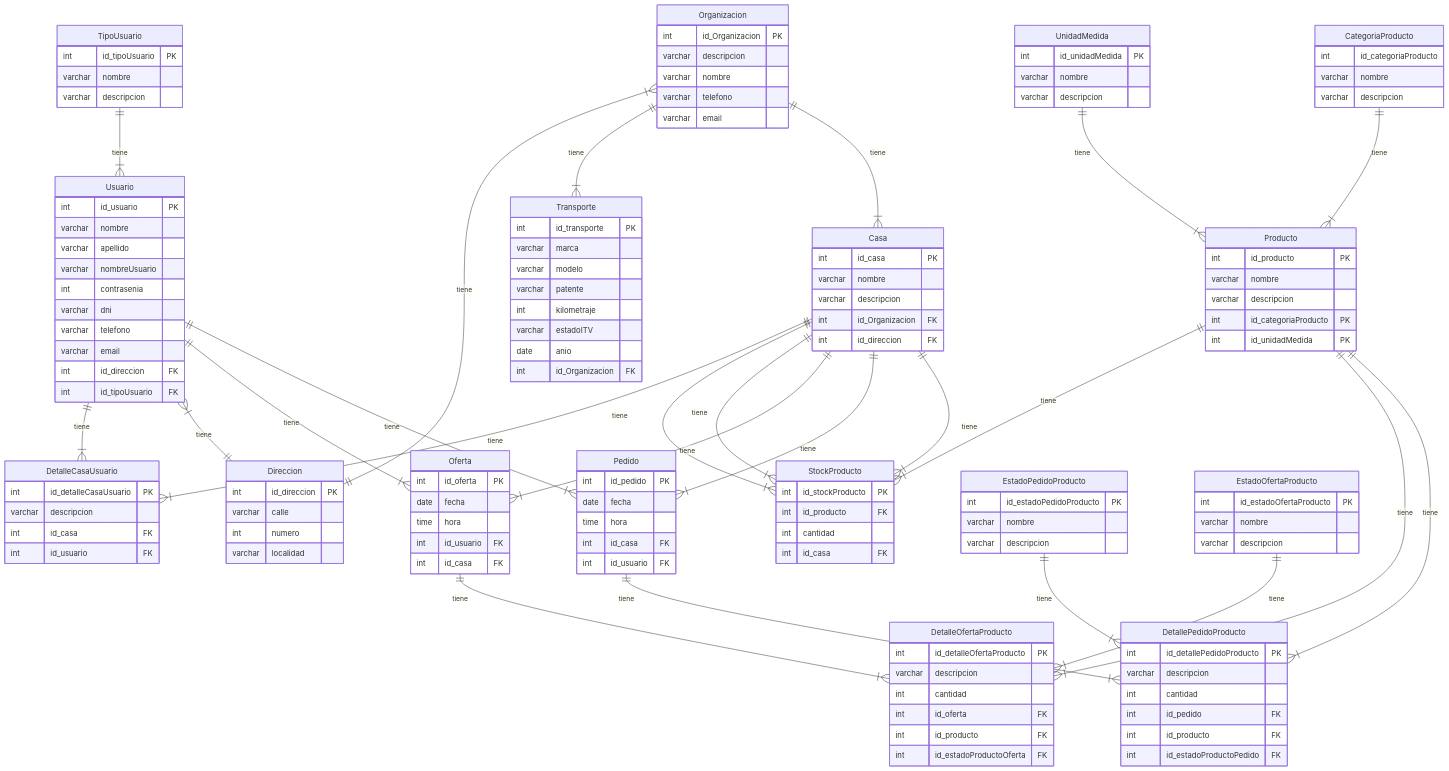
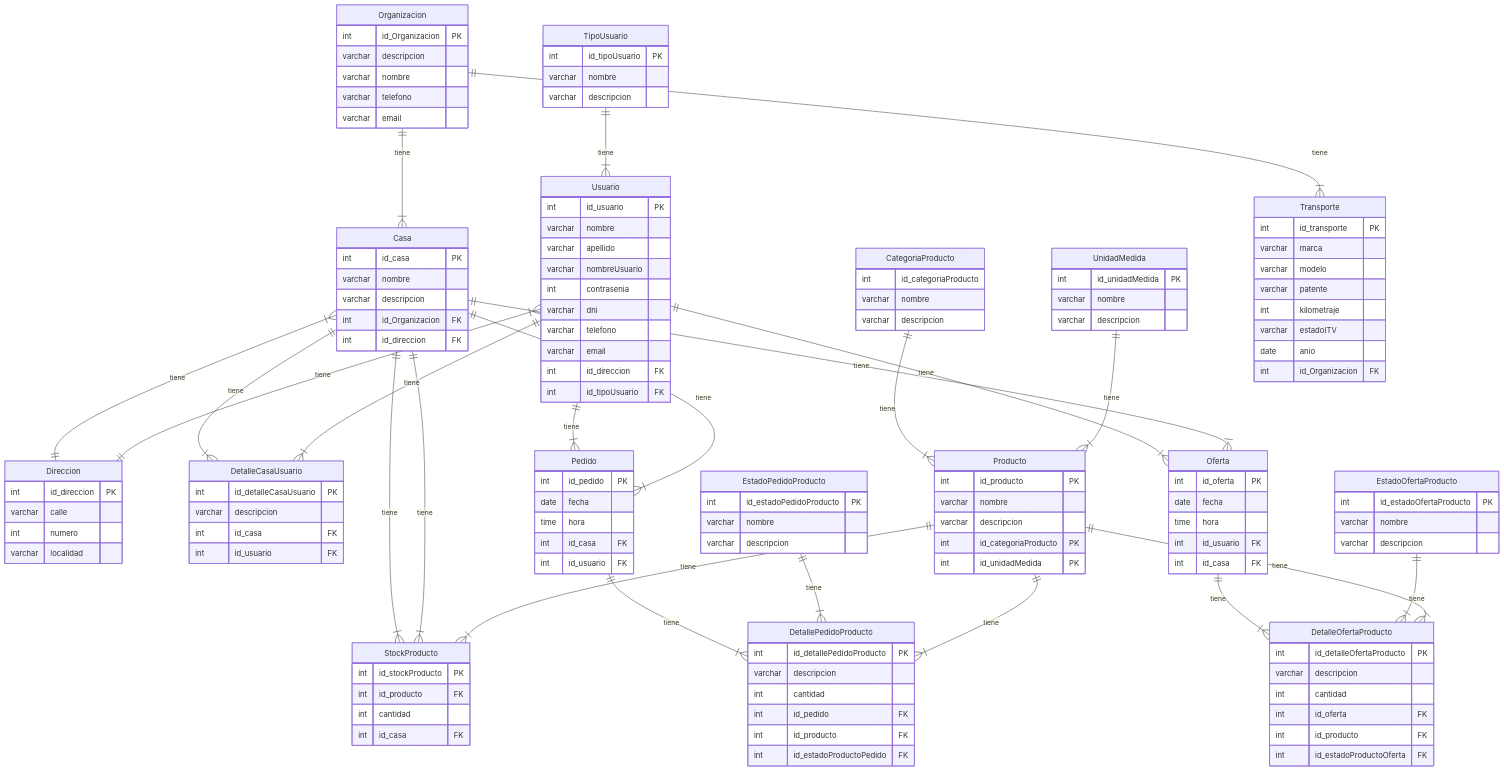
The diagram in ProntaEntregaDjango/Mermaid Diagrams/Er.mmd (FrancoECeballos/FAT2024G3-BACKEND), drawn with Mermaid before and after one commit. The commit also changed 1 other file, not shown here.

Commit message:
Class diagram relationships

```diff
--- a/ProntaEntregaDjango/Mermaid Diagrams/Er.mmd
+++ b/ProntaEntregaDjango/Mermaid Diagrams/Er.mmd
@@ -1,147 +1,146 @@
 erDiagram
     Direccion{
         int id_direccion PK
         varchar calle
         int numero
         varchar localidad  
     }
     Organizacion{
         int id_Organizacion PK
         varchar descripcion
         varchar nombre
         varchar telefono
         varchar email
     }
     TipoUsuario{
         int id_tipoUsuario PK
         varchar nombre
         varchar descripcion
     }
     Usuario{
         int id_usuario PK
         varchar nombre
         varchar apellido
         varchar nombreUsuario
         int contrasenia
         varchar dni
         varchar telefono
         varchar email
         int id_direccion FK
         int id_tipoUsuario FK
     }
     Casa{
         int id_casa PK
         varchar nombre
         varchar descripcion
         int id_Organizacion FK
         int id_direccion FK
     }
     DetalleCasaUsuario{
         int id_detalleCasaUsuario PK
         varchar descripcion
         int id_casa FK
         int id_usuario FK
     }
     UnidadMedida{
         int id_unidadMedida PK
         varchar nombre
         varchar descripcion
     }
     CategoriaProducto{
         int id_categoriaProducto
         varchar nombre
         varchar descripcion
     }
     Producto{
         int id_producto PK
         varchar nombre
         varchar descripcion
         int id_categoriaProducto PK
         int id_unidadMedida PK
     }
     StockProducto{
         int id_stockProducto PK
         int id_producto FK
         int cantidad
         int id_casa FK
     }
     Pedido{
         int id_pedido PK
         date fecha
         time hora
         int id_casa FK
         int id_usuario FK
     }
     DetallePedidoProducto{
         int id_detallePedidoProducto PK
         varchar descripcion
         int cantidad
         int id_pedido FK
         int id_producto FK
         int id_estadoProductoPedido FK
     }
     Oferta{
         int id_oferta PK
         date fecha
         time hora
         int id_usuario FK
         int id_casa FK
     }
     DetalleOfertaProducto{
         int id_detalleOfertaProducto PK
         varchar descripcion
         int cantidad
         int id_oferta FK
         int id_producto FK
         int id_estadoProductoOferta FK
     }
     EstadoPedidoProducto{
         int id_estadoPedidoProducto PK
         varchar nombre
         varchar descripcion
     }
     EstadoOfertaProducto{
         int id_estadoOfertaProducto PK
         varchar nombre
         varchar descripcion
     }
     Transporte{
         int id_transporte PK
         varchar marca
         varchar modelo
         varchar patente
         int kilometraje
         varchar estadoITV
         date anio
         int id_Organizacion FK
     }
 
 Organizacion ||--|{ Casa : "tiene"
 Organizacion ||--|{ Transporte : "tiene"
-Organizacion }|--|| Direccion : "tiene"
+Casa }|--|| Direccion : "tiene"
 Casa ||--|{ StockProducto : "tiene"
 
 TipoUsuario ||--|{ Usuario : "tiene"
 Usuario ||--|{ Pedido : "tiene"
 Usuario ||--|{ Oferta : "tiene"
 Usuario }|--|| Direccion : "tiene"
 
 Casa ||--|{ Pedido : "tiene"
 Casa ||--|{ Oferta : "tiene"
-Casa ||--|{ StockProducto : "tiene"
 Casa ||--|{ StockProducto : "tiene"
 
 Casa ||--|{ DetalleCasaUsuario : "tiene"
 Usuario ||--|{ DetalleCasaUsuario : "tiene"
 
 Pedido ||--|{ DetallePedidoProducto : "tiene"
 Oferta ||--|{ DetalleOfertaProducto : "tiene"
 EstadoPedidoProducto ||--|{ DetallePedidoProducto : "tiene"
 EstadoOfertaProducto ||--|{ DetalleOfertaProducto : "tiene"
 Producto ||--|{ DetallePedidoProducto : "tiene"
 Producto ||--|{ DetalleOfertaProducto : "tiene"
 
 CategoriaProducto ||--|{ Producto : "tiene"
 UnidadMedida ||--|{ Producto : "tiene"
 
 Producto ||--|{ StockProducto : "tiene"
```
